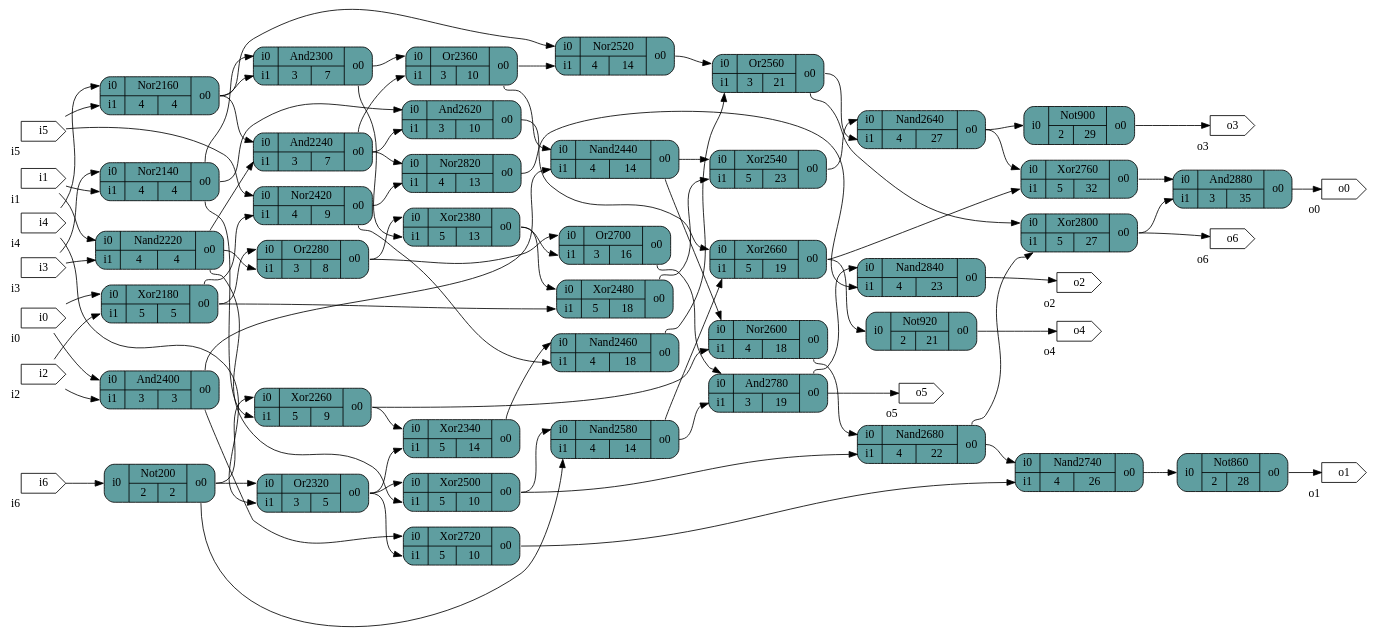
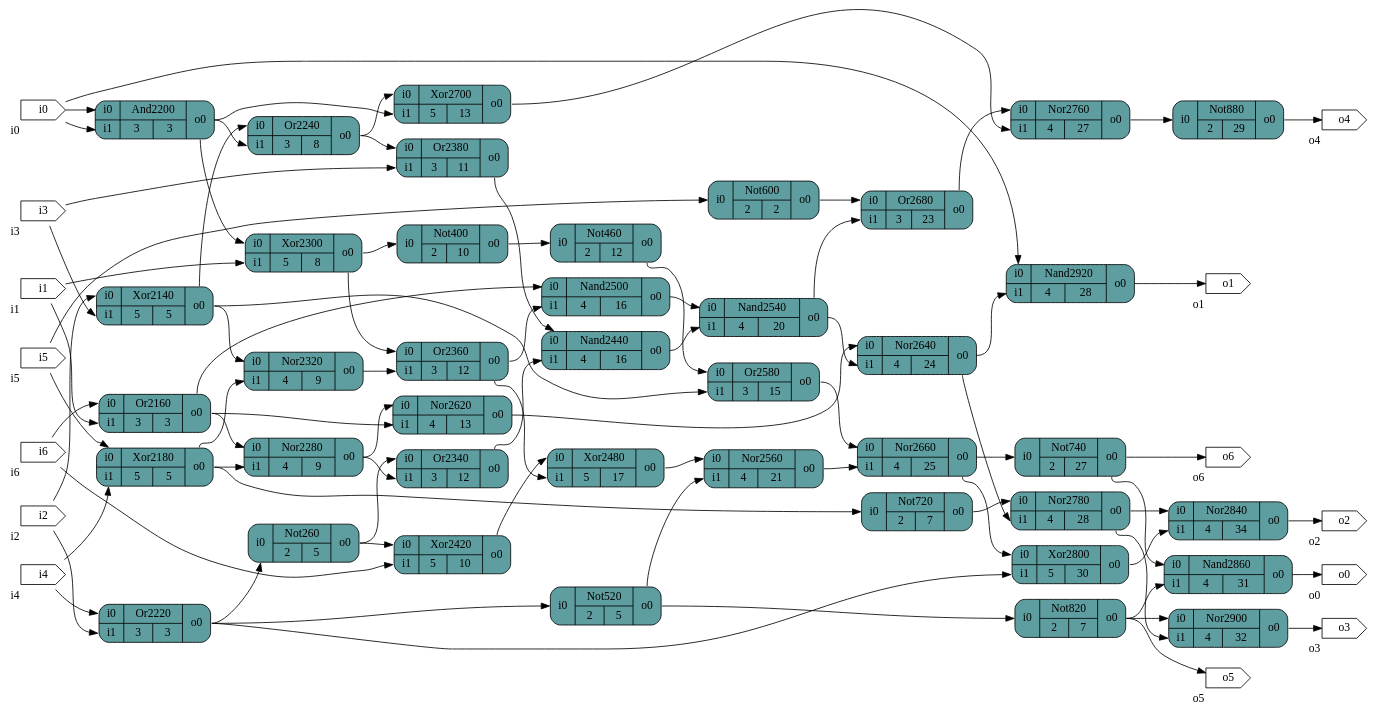
Before and after one commit to Quentin-Tual/Netenos: the diagram in rand_circ.dot, drawn with Graphviz. The commit also changed 14 other files, not shown here.

```diff
--- a/rand_circ.dot
+++ b/rand_circ.dot
@@ -1,45 +1,45 @@
 digraph test {
 		graph [rankdir = LR];
-		Nor2140[shape=record; style="rounded,filled"; fillcolor=cadetblue; label="{{<i0>i0|<i1>i1}|{Nor2140|{4|4}}|{<o0>o0}}"]
-		Nor2160[shape=record; style="rounded,filled"; fillcolor=cadetblue; label="{{<i0>i0|<i1>i1}|{Nor2160|{4|4}}|{<o0>o0}}"]
+		Xor2140[shape=record; style="rounded,filled"; fillcolor=cadetblue; label="{{<i0>i0|<i1>i1}|{Xor2140|{5|5}}|{<o0>o0}}"]
+		Or2160[shape=record; style="rounded,filled"; fillcolor=cadetblue; label="{{<i0>i0|<i1>i1}|{Or2160|{3|3}}|{<o0>o0}}"]
 		Xor2180[shape=record; style="rounded,filled"; fillcolor=cadetblue; label="{{<i0>i0|<i1>i1}|{Xor2180|{5|5}}|{<o0>o0}}"]
-		Not200[shape=record; style="rounded,filled"; fillcolor=cadetblue; label="{{<i0>i0}|{Not200|{2|2}}|{<o0>o0}}"]
-		Nand2220[shape=record; style="rounded,filled"; fillcolor=cadetblue; label="{{<i0>i0|<i1>i1}|{Nand2220|{4|4}}|{<o0>o0}}"]
-		And2240[shape=record; style="rounded,filled"; fillcolor=cadetblue; label="{{<i0>i0|<i1>i1}|{And2240|{3|7}}|{<o0>o0}}"]
-		Xor2260[shape=record; style="rounded,filled"; fillcolor=cadetblue; label="{{<i0>i0|<i1>i1}|{Xor2260|{5|9}}|{<o0>o0}}"]
-		Or2280[shape=record; style="rounded,filled"; fillcolor=cadetblue; label="{{<i0>i0|<i1>i1}|{Or2280|{3|8}}|{<o0>o0}}"]
-		And2300[shape=record; style="rounded,filled"; fillcolor=cadetblue; label="{{<i0>i0|<i1>i1}|{And2300|{3|7}}|{<o0>o0}}"]
-		Or2320[shape=record; style="rounded,filled"; fillcolor=cadetblue; label="{{<i0>i0|<i1>i1}|{Or2320|{3|5}}|{<o0>o0}}"]
-		Xor2340[shape=record; style="rounded,filled"; fillcolor=cadetblue; label="{{<i0>i0|<i1>i1}|{Xor2340|{5|14}}|{<o0>o0}}"]
-		Or2360[shape=record; style="rounded,filled"; fillcolor=cadetblue; label="{{<i0>i0|<i1>i1}|{Or2360|{3|10}}|{<o0>o0}}"]
-		Xor2380[shape=record; style="rounded,filled"; fillcolor=cadetblue; label="{{<i0>i0|<i1>i1}|{Xor2380|{5|13}}|{<o0>o0}}"]
-		And2400[shape=record; style="rounded,filled"; fillcolor=cadetblue; label="{{<i0>i0|<i1>i1}|{And2400|{3|3}}|{<o0>o0}}"]
-		Nor2420[shape=record; style="rounded,filled"; fillcolor=cadetblue; label="{{<i0>i0|<i1>i1}|{Nor2420|{4|9}}|{<o0>o0}}"]
-		Nand2440[shape=record; style="rounded,filled"; fillcolor=cadetblue; label="{{<i0>i0|<i1>i1}|{Nand2440|{4|14}}|{<o0>o0}}"]
-		Nand2460[shape=record; style="rounded,filled"; fillcolor=cadetblue; label="{{<i0>i0|<i1>i1}|{Nand2460|{4|18}}|{<o0>o0}}"]
-		Xor2480[shape=record; style="rounded,filled"; fillcolor=cadetblue; label="{{<i0>i0|<i1>i1}|{Xor2480|{5|18}}|{<o0>o0}}"]
-		Xor2500[shape=record; style="rounded,filled"; fillcolor=cadetblue; label="{{<i0>i0|<i1>i1}|{Xor2500|{5|10}}|{<o0>o0}}"]
-		Nor2520[shape=record; style="rounded,filled"; fillcolor=cadetblue; label="{{<i0>i0|<i1>i1}|{Nor2520|{4|14}}|{<o0>o0}}"]
-		Xor2540[shape=record; style="rounded,filled"; fillcolor=cadetblue; label="{{<i0>i0|<i1>i1}|{Xor2540|{5|23}}|{<o0>o0}}"]
-		Or2560[shape=record; style="rounded,filled"; fillcolor=cadetblue; label="{{<i0>i0|<i1>i1}|{Or2560|{3|21}}|{<o0>o0}}"]
-		Nand2580[shape=record; style="rounded,filled"; fillcolor=cadetblue; label="{{<i0>i0|<i1>i1}|{Nand2580|{4|14}}|{<o0>o0}}"]
-		Nor2600[shape=record; style="rounded,filled"; fillcolor=cadetblue; label="{{<i0>i0|<i1>i1}|{Nor2600|{4|18}}|{<o0>o0}}"]
-		And2620[shape=record; style="rounded,filled"; fillcolor=cadetblue; label="{{<i0>i0|<i1>i1}|{And2620|{3|10}}|{<o0>o0}}"]
-		Nand2640[shape=record; style="rounded,filled"; fillcolor=cadetblue; label="{{<i0>i0|<i1>i1}|{Nand2640|{4|27}}|{<o0>o0}}"]
-		Xor2660[shape=record; style="rounded,filled"; fillcolor=cadetblue; label="{{<i0>i0|<i1>i1}|{Xor2660|{5|19}}|{<o0>o0}}"]
-		Nand2680[shape=record; style="rounded,filled"; fillcolor=cadetblue; label="{{<i0>i0|<i1>i1}|{Nand2680|{4|22}}|{<o0>o0}}"]
-		Or2700[shape=record; style="rounded,filled"; fillcolor=cadetblue; label="{{<i0>i0|<i1>i1}|{Or2700|{3|16}}|{<o0>o0}}"]
-		Xor2720[shape=record; style="rounded,filled"; fillcolor=cadetblue; label="{{<i0>i0|<i1>i1}|{Xor2720|{5|10}}|{<o0>o0}}"]
-		Nand2740[shape=record; style="rounded,filled"; fillcolor=cadetblue; label="{{<i0>i0|<i1>i1}|{Nand2740|{4|26}}|{<o0>o0}}"]
-		Xor2760[shape=record; style="rounded,filled"; fillcolor=cadetblue; label="{{<i0>i0|<i1>i1}|{Xor2760|{5|32}}|{<o0>o0}}"]
-		And2780[shape=record; style="rounded,filled"; fillcolor=cadetblue; label="{{<i0>i0|<i1>i1}|{And2780|{3|19}}|{<o0>o0}}"]
-		Xor2800[shape=record; style="rounded,filled"; fillcolor=cadetblue; label="{{<i0>i0|<i1>i1}|{Xor2800|{5|27}}|{<o0>o0}}"]
-		Nor2820[shape=record; style="rounded,filled"; fillcolor=cadetblue; label="{{<i0>i0|<i1>i1}|{Nor2820|{4|13}}|{<o0>o0}}"]
-		Nand2840[shape=record; style="rounded,filled"; fillcolor=cadetblue; label="{{<i0>i0|<i1>i1}|{Nand2840|{4|23}}|{<o0>o0}}"]
-		Not860[shape=record; style="rounded,filled"; fillcolor=cadetblue; label="{{<i0>i0}|{Not860|{2|28}}|{<o0>o0}}"]
-		And2880[shape=record; style="rounded,filled"; fillcolor=cadetblue; label="{{<i0>i0|<i1>i1}|{And2880|{3|35}}|{<o0>o0}}"]
-		Not900[shape=record; style="rounded,filled"; fillcolor=cadetblue; label="{{<i0>i0}|{Not900|{2|29}}|{<o0>o0}}"]
-		Not920[shape=record; style="rounded,filled"; fillcolor=cadetblue; label="{{<i0>i0}|{Not920|{2|21}}|{<o0>o0}}"]
+		And2200[shape=record; style="rounded,filled"; fillcolor=cadetblue; label="{{<i0>i0|<i1>i1}|{And2200|{3|3}}|{<o0>o0}}"]
+		Or2220[shape=record; style="rounded,filled"; fillcolor=cadetblue; label="{{<i0>i0|<i1>i1}|{Or2220|{3|3}}|{<o0>o0}}"]
+		Or2240[shape=record; style="rounded,filled"; fillcolor=cadetblue; label="{{<i0>i0|<i1>i1}|{Or2240|{3|8}}|{<o0>o0}}"]
+		Not260[shape=record; style="rounded,filled"; fillcolor=cadetblue; label="{{<i0>i0}|{Not260|{2|5}}|{<o0>o0}}"]
+		Nor2280[shape=record; style="rounded,filled"; fillcolor=cadetblue; label="{{<i0>i0|<i1>i1}|{Nor2280|{4|9}}|{<o0>o0}}"]
+		Xor2300[shape=record; style="rounded,filled"; fillcolor=cadetblue; label="{{<i0>i0|<i1>i1}|{Xor2300|{5|8}}|{<o0>o0}}"]
+		Nor2320[shape=record; style="rounded,filled"; fillcolor=cadetblue; label="{{<i0>i0|<i1>i1}|{Nor2320|{4|9}}|{<o0>o0}}"]
+		Or2340[shape=record; style="rounded,filled"; fillcolor=cadetblue; label="{{<i0>i0|<i1>i1}|{Or2340|{3|12}}|{<o0>o0}}"]
+		Or2360[shape=record; style="rounded,filled"; fillcolor=cadetblue; label="{{<i0>i0|<i1>i1}|{Or2360|{3|12}}|{<o0>o0}}"]
+		Or2380[shape=record; style="rounded,filled"; fillcolor=cadetblue; label="{{<i0>i0|<i1>i1}|{Or2380|{3|11}}|{<o0>o0}}"]
+		Not400[shape=record; style="rounded,filled"; fillcolor=cadetblue; label="{{<i0>i0}|{Not400|{2|10}}|{<o0>o0}}"]
+		Xor2420[shape=record; style="rounded,filled"; fillcolor=cadetblue; label="{{<i0>i0|<i1>i1}|{Xor2420|{5|10}}|{<o0>o0}}"]
+		Nand2440[shape=record; style="rounded,filled"; fillcolor=cadetblue; label="{{<i0>i0|<i1>i1}|{Nand2440|{4|16}}|{<o0>o0}}"]
+		Not460[shape=record; style="rounded,filled"; fillcolor=cadetblue; label="{{<i0>i0}|{Not460|{2|12}}|{<o0>o0}}"]
+		Xor2480[shape=record; style="rounded,filled"; fillcolor=cadetblue; label="{{<i0>i0|<i1>i1}|{Xor2480|{5|17}}|{<o0>o0}}"]
+		Nand2500[shape=record; style="rounded,filled"; fillcolor=cadetblue; label="{{<i0>i0|<i1>i1}|{Nand2500|{4|16}}|{<o0>o0}}"]
+		Not520[shape=record; style="rounded,filled"; fillcolor=cadetblue; label="{{<i0>i0}|{Not520|{2|5}}|{<o0>o0}}"]
+		Nand2540[shape=record; style="rounded,filled"; fillcolor=cadetblue; label="{{<i0>i0|<i1>i1}|{Nand2540|{4|20}}|{<o0>o0}}"]
+		Nor2560[shape=record; style="rounded,filled"; fillcolor=cadetblue; label="{{<i0>i0|<i1>i1}|{Nor2560|{4|21}}|{<o0>o0}}"]
+		Or2580[shape=record; style="rounded,filled"; fillcolor=cadetblue; label="{{<i0>i0|<i1>i1}|{Or2580|{3|15}}|{<o0>o0}}"]
+		Not600[shape=record; style="rounded,filled"; fillcolor=cadetblue; label="{{<i0>i0}|{Not600|{2|2}}|{<o0>o0}}"]
+		Nor2620[shape=record; style="rounded,filled"; fillcolor=cadetblue; label="{{<i0>i0|<i1>i1}|{Nor2620|{4|13}}|{<o0>o0}}"]
+		Nor2640[shape=record; style="rounded,filled"; fillcolor=cadetblue; label="{{<i0>i0|<i1>i1}|{Nor2640|{4|24}}|{<o0>o0}}"]
+		Nor2660[shape=record; style="rounded,filled"; fillcolor=cadetblue; label="{{<i0>i0|<i1>i1}|{Nor2660|{4|25}}|{<o0>o0}}"]
+		Or2680[shape=record; style="rounded,filled"; fillcolor=cadetblue; label="{{<i0>i0|<i1>i1}|{Or2680|{3|23}}|{<o0>o0}}"]
+		Xor2700[shape=record; style="rounded,filled"; fillcolor=cadetblue; label="{{<i0>i0|<i1>i1}|{Xor2700|{5|13}}|{<o0>o0}}"]
+		Not720[shape=record; style="rounded,filled"; fillcolor=cadetblue; label="{{<i0>i0}|{Not720|{2|7}}|{<o0>o0}}"]
+		Not740[shape=record; style="rounded,filled"; fillcolor=cadetblue; label="{{<i0>i0}|{Not740|{2|27}}|{<o0>o0}}"]
+		Nor2760[shape=record; style="rounded,filled"; fillcolor=cadetblue; label="{{<i0>i0|<i1>i1}|{Nor2760|{4|27}}|{<o0>o0}}"]
+		Nor2780[shape=record; style="rounded,filled"; fillcolor=cadetblue; label="{{<i0>i0|<i1>i1}|{Nor2780|{4|28}}|{<o0>o0}}"]
+		Xor2800[shape=record; style="rounded,filled"; fillcolor=cadetblue; label="{{<i0>i0|<i1>i1}|{Xor2800|{5|30}}|{<o0>o0}}"]
+		Not820[shape=record; style="rounded,filled"; fillcolor=cadetblue; label="{{<i0>i0}|{Not820|{2|7}}|{<o0>o0}}"]
+		Nor2840[shape=record; style="rounded,filled"; fillcolor=cadetblue; label="{{<i0>i0|<i1>i1}|{Nor2840|{4|34}}|{<o0>o0}}"]
+		Nand2860[shape=record; style="rounded,filled"; fillcolor=cadetblue; label="{{<i0>i0|<i1>i1}|{Nand2860|{4|31}}|{<o0>o0}}"]
+		Not880[shape=record; style="rounded,filled"; fillcolor=cadetblue; label="{{<i0>i0}|{Not880|{2|29}}|{<o0>o0}}"]
+		Nor2900[shape=record; style="rounded,filled"; fillcolor=cadetblue; label="{{<i0>i0|<i1>i1}|{Nor2900|{4|32}}|{<o0>o0}}"]
+		Nand2920[shape=record; style="rounded,filled"; fillcolor=cadetblue; label="{{<i0>i0|<i1>i1}|{Nand2920|{4|28}}|{<o0>o0}}"]
 		i0[shape=cds,xlabel="i0"]
 		i1[shape=cds,xlabel="i1"]
 		i2[shape=cds,xlabel="i2"]
@@ -54,87 +54,82 @@
 		o4[shape=cds,xlabel="o4"]
 		o5[shape=cds,xlabel="o5"]
 		o6[shape=cds,xlabel="o6"]
-		i0 -> Xor2180:i0;
-		i0 -> And2400:i0;
-		i1 -> Nor2140:i1;
-		i1 -> Nand2220:i0;
-		i2 -> Xor2180:i1;
-		i2 -> And2400:i1;
-		i3 -> Nor2140:i0;
-		i3 -> Nand2220:i1;
-		i4 -> Nor2160:i0;
-		i4 -> Or2320:i1;
-		i5 -> Nor2160:i1;
-		i5 -> Nor2420:i0;
-		i6 -> Not200:i0;
-		Nor2140:o0 -> Xor2260:i1;
-		Nor2140:o0 -> And2300:i0;
-		Nor2140:o0 -> And2620:i0;
-		Nor2160:o0 -> And2240:i0;
-		Nor2160:o0 -> And2300:i1;
-		Nor2160:o0 -> Nor2520:i0;
-		Xor2180:o0 -> Or2280:i0;
-		Xor2180:o0 -> Nor2420:i1;
-		Xor2180:o0 -> Xor2480:i1;
-		Not200:o0 -> Xor2260:i0;
-		Not200:o0 -> Or2320:i0;
-		Not200:o0 -> Nand2580:i1;
-		Nand2220:o0 -> And2240:i1;
-		Nand2220:o0 -> Or2280:i1;
-		Nand2220:o0 -> Xor2500:i1;
-		And2240:o0 -> Or2360:i1;
-		And2240:o0 -> And2620:i1;
-		And2240:o0 -> Nor2820:i0;
-		Xor2260:o0 -> Xor2340:i0;
-		Xor2260:o0 -> Nor2600:i1;
-		Or2280:o0 -> Xor2380:i0;
-		Or2280:o0 -> Or2700:i0;
-		And2300:o0 -> Or2360:i0;
-		And2300:o0 -> Xor2380:i1;
-		Or2320:o0 -> Xor2340:i1;
-		Or2320:o0 -> Xor2500:i0;
-		Or2320:o0 -> Xor2720:i1;
-		Xor2340:o0 -> Nand2460:i0;
-		Or2360:o0 -> Nand2440:i0;
-		Or2360:o0 -> Nor2520:i1;
-		Xor2380:o0 -> Xor2480:i0;
-		Xor2380:o0 -> Or2700:i1;
-		And2400:o0 -> Nand2440:i1;
-		And2400:o0 -> Xor2720:i0;
-		Nor2420:o0 -> Nand2460:i1;
-		Nor2420:o0 -> Nor2820:i1;
-		Nand2440:o0 -> Xor2540:i0;
-		Nand2440:o0 -> Nor2600:i0;
-		Nand2460:o0 -> Or2560:i1;
-		Xor2480:o0 -> Xor2540:i1;
-		Xor2500:o0 -> Nand2580:i0;
-		Xor2500:o0 -> Nand2680:i1;
-		Nor2520:o0 -> Or2560:i0;
-		Xor2540:o0 -> Nand2640:i0;
-		Or2560:o0 -> Nand2640:i1;
-		Or2560:o0 -> Xor2800:i0;
-		Nand2580:o0 -> Xor2660:i1;
-		Nand2580:o0 -> And2780:i1;
-		Nor2600:o0 -> Nand2680:i0;
-		And2620:o0 -> Xor2660:i0;
-		Nand2640:o0 -> Xor2760:i0;
-		Nand2640:o0 -> Not900:i0;
-		Xor2660:o0 -> Xor2760:i1;
-		Xor2660:o0 -> Not920:i0;
-		Nand2680:o0 -> Nand2740:i0;
-		Nand2680:o0 -> Xor2800:i1;
-		Or2700:o0 -> And2780:i0;
-		Xor2720:o0 -> Nand2740:i1;
-		Nand2740:o0 -> Not860:i0;
-		Xor2760:o0 -> And2880:i0;
-		And2780:o0 -> Nand2840:i0;
-		And2780:o0 -> o5;
-		Xor2800:o0 -> And2880:i1;
-		Xor2800:o0 -> o6;
-		Nor2820:o0 -> Nand2840:i1;
-		Nand2840:o0 -> o2;
-		Not860:o0 -> o1;
-		And2880:o0 -> o0;
-		Not900:o0 -> o3;
-		Not920:o0 -> o4;
+		i0 -> And2200:i0;
+		i0 -> And2200:i1;
+		i0 -> Nand2920:i0;
+		i1 -> Or2160:i1;
+		i1 -> Xor2300:i1;
+		i2 -> Xor2140:i0;
+		i2 -> Or2220:i1;
+		i3 -> Xor2140:i1;
+		i3 -> Or2380:i1;
+		i4 -> Xor2180:i1;
+		i4 -> Or2220:i0;
+		i5 -> Xor2180:i0;
+		i5 -> Not600:i0;
+		i6 -> Or2160:i0;
+		i6 -> Xor2420:i1;
+		Xor2140:o0 -> Or2240:i0;
+		Xor2140:o0 -> Nor2320:i0;
+		Xor2140:o0 -> Or2580:i1;
+		Or2160:o0 -> Nor2280:i0;
+		Or2160:o0 -> Nand2500:i0;
+		Or2160:o0 -> Nor2620:i1;
+		Xor2180:o0 -> Nor2280:i1;
+		Xor2180:o0 -> Nor2320:i1;
+		Xor2180:o0 -> Not720:i0;
+		And2200:o0 -> Or2240:i1;
+		And2200:o0 -> Xor2300:i0;
+		And2200:o0 -> Xor2700:i1;
+		Or2220:o0 -> Not260:i0;
+		Or2220:o0 -> Not520:i0;
+		Or2220:o0 -> Xor2800:i1;
+		Or2240:o0 -> Or2380:i0;
+		Or2240:o0 -> Xor2700:i0;
+		Not260:o0 -> Or2340:i0;
+		Not260:o0 -> Xor2420:i0;
+		Nor2280:o0 -> Or2340:i1;
+		Nor2280:o0 -> Nor2620:i0;
+		Xor2300:o0 -> Or2360:i0;
+		Xor2300:o0 -> Not400:i0;
+		Nor2320:o0 -> Or2360:i1;
+		Or2340:o0 -> Nand2440:i1;
+		Or2360:o0 -> Xor2480:i1;
+		Or2360:o0 -> Nand2500:i1;
+		Or2380:o0 -> Nand2440:i0;
+		Not400:o0 -> Not460:i0;
+		Xor2420:o0 -> Xor2480:i0;
+		Nand2440:o0 -> Nand2540:i1;
+		Not460:o0 -> Or2580:i0;
+		Xor2480:o0 -> Nor2560:i0;
+		Nand2500:o0 -> Nand2540:i0;
+		Not520:o0 -> Nor2560:i1;
+		Not520:o0 -> Not820:i0;
+		Nand2540:o0 -> Nor2640:i1;
+		Nand2540:o0 -> Or2680:i1;
+		Nor2560:o0 -> Nor2660:i1;
+		Or2580:o0 -> Nor2660:i0;
+		Not600:o0 -> Or2680:i0;
+		Nor2620:o0 -> Nor2640:i0;
+		Nor2640:o0 -> Nor2780:i1;
+		Nor2640:o0 -> Nand2920:i1;
+		Nor2660:o0 -> Not740:i0;
+		Nor2660:o0 -> Xor2800:i0;
+		Or2680:o0 -> Nor2760:i0;
+		Xor2700:o0 -> Nor2760:i1;
+		Not720:o0 -> Nor2780:i0;
+		Not740:o0 -> Nand2860:i0;
+		Not740:o0 -> o6;
+		Nor2760:o0 -> Not880:i0;
+		Nor2780:o0 -> Nor2840:i0;
+		Nor2780:o0 -> Nor2900:i1;
+		Xor2800:o0 -> Nor2840:i1;
+		Not820:o0 -> Nand2860:i1;
+		Not820:o0 -> Nor2900:i0;
+		Not820:o0 -> o5;
+		Nor2840:o0 -> o2;
+		Nand2860:o0 -> o0;
+		Not880:o0 -> o4;
+		Nor2900:o0 -> o3;
+		Nand2920:o0 -> o1;
 }
```
